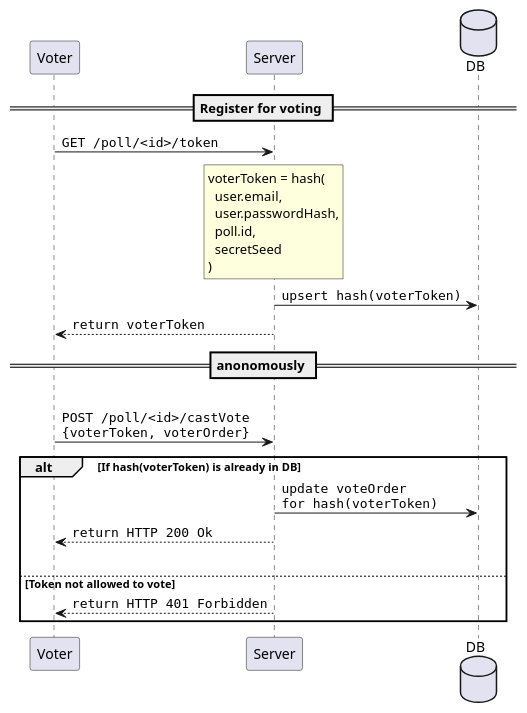
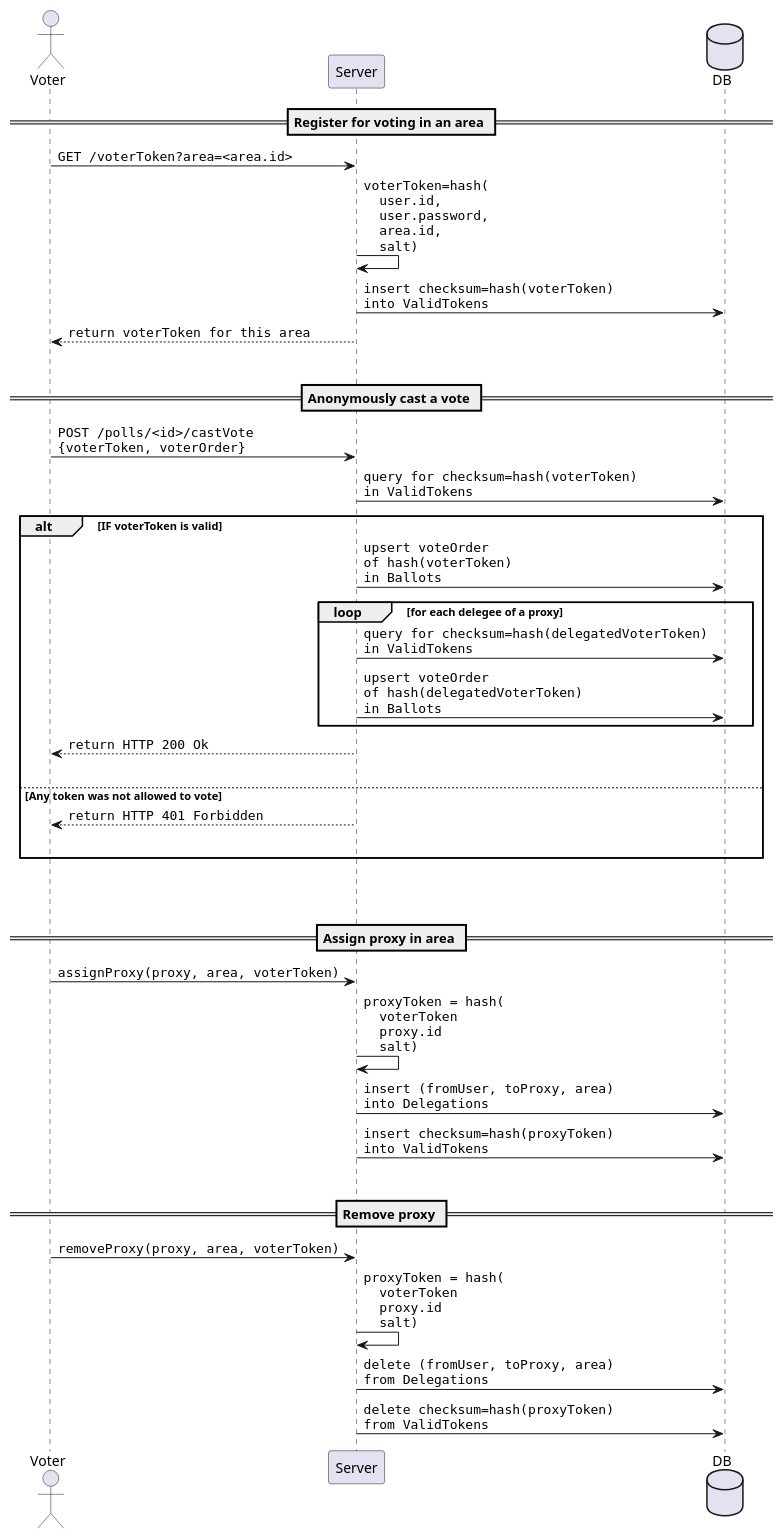
One commit to Doogiemuc/liquido-vue-frontend changed the diagram in doc/CastVote.plantuml. Above: the diagram before and after it, drawn with PlantUML. The commit also changed other lines of this file and 9 other files, not shown here.

```diff
--- a/doc/CastVote.plantuml
+++ b/doc/CastVote.plantuml
@@ -1,35 +1,72 @@
 @startuml
-== Register for voting ==
 
-Voter -> Server : ""GET /poll/<id>/token""
+actor Voter order 10
+participant Server order 30
+database DB order 40
 
-rnote over Server
- voterToken = hash(
-   user.email,
-   user.passwordHash,
-   poll.id, 
-   secretSeed
- )
-endrnote
+== Register for voting in an area ==
+
+Voter -> Server : ""GET /voterToken?area=<area.id>""
+
+Server -> Server : ""voterToken=hash(""\n""  user.id,""\n""  user.password,""\n""  area.id,""\n""  salt)""
+
 
 database DB
-Server -> DB : ""upsert hash(voterToken)"" 
+Server -> DB : ""insert checksum=hash(voterToken)""\n""into ValidTokens"" 
 
-Voter <-- Server : ""return voterToken""
+Voter <-- Server : ""return voterToken for this area""
 
-== anonomously ==
+|||
 
-Voter -> Server : \n""POST /poll/<id>/castVote""\n""{voterToken, voterOrder}""
+== Anonymously cast a vote ==
 
-alt If hash(voterToken) is already in DB
+Voter -> Server : ""POST /polls/<id>/castVote""\n""{voterToken, voterOrder}""
 
-  Server -> DB : ""update voteOrder""\n""for hash(voterToken)""
+Server -> DB : ""query for checksum=hash(voterToken)""\n""in ValidTokens""
+
+alt IF voterToken is valid
+
+  Server -> DB : ""upsert voteOrder""\n""of hash(voterToken)""\n""in Ballots""
+
+  loop for each delegee of a proxy
+    Server -> DB : ""query for checksum=hash(delegatedVoterToken)""\n""in ValidTokens""
+    Server -> DB : ""upsert voteOrder""\n""of hash(delegatedVoterToken)""\n""in Ballots""
+  end
 
   Voter <-- Server : ""return HTTP 200 Ok""
   |||
-else Token not allowed to vote
+else Any token was not allowed to vote
   
   Voter <-- Server : ""return HTTP 401 Forbidden""
+  |||
 
 end
+
+
+||50||
+
+== Assign proxy in area ==
+
+Voter -> Server : ""assignProxy(proxy, area, voterToken)""
+
+Server -> Server : ""proxyToken = hash(""\n""  voterToken""\n""  proxy.id""\n""  salt)""
+
+Server -> DB : ""insert (fromUser, toProxy, area)""\n""into Delegations""
+
+Server -> DB : ""insert checksum=hash(proxyToken)""\n""into ValidTokens"" 
+
+|||
+
+== Remove proxy ==
+
+Voter -> Server : ""removeProxy(proxy, area, voterToken)""
+
+Server -> Server : ""proxyToken = hash(""\n""  voterToken""\n""  proxy.id""\n""  salt)""
+
+Server -> DB : ""delete (fromUser, toProxy, area)""\n""from Delegations""
+
+Server -> DB : ""delete checksum=hash(proxyToken)""\n""from ValidTokens"" 
+
+
+
 @enduml
```
